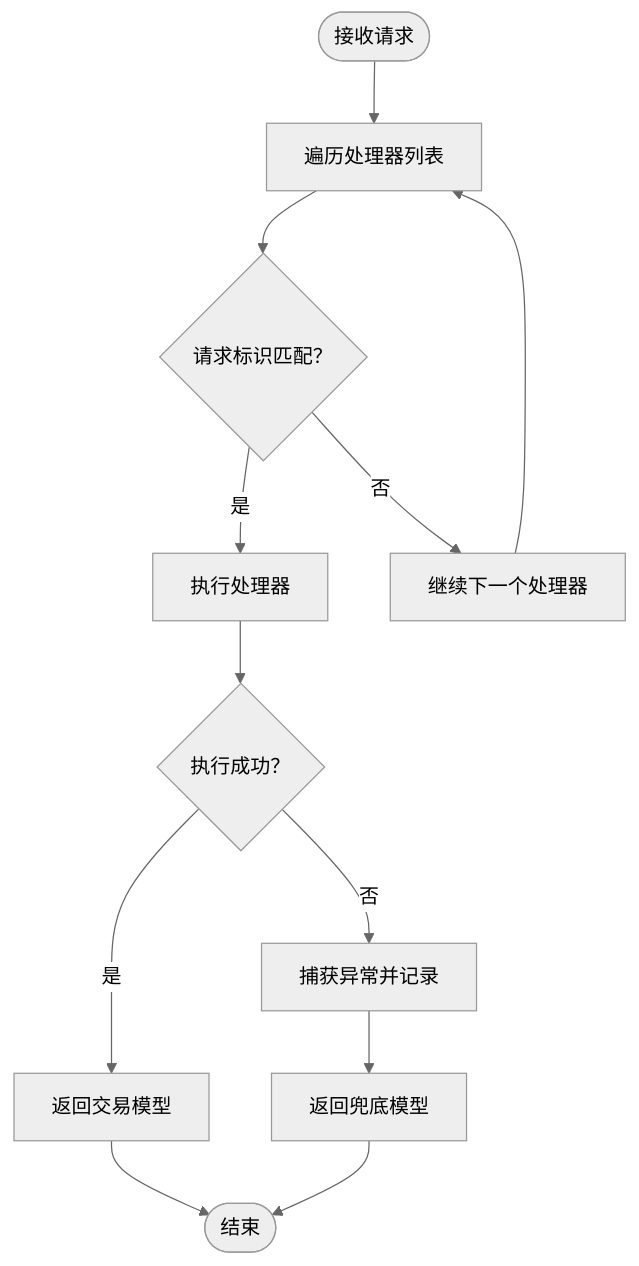
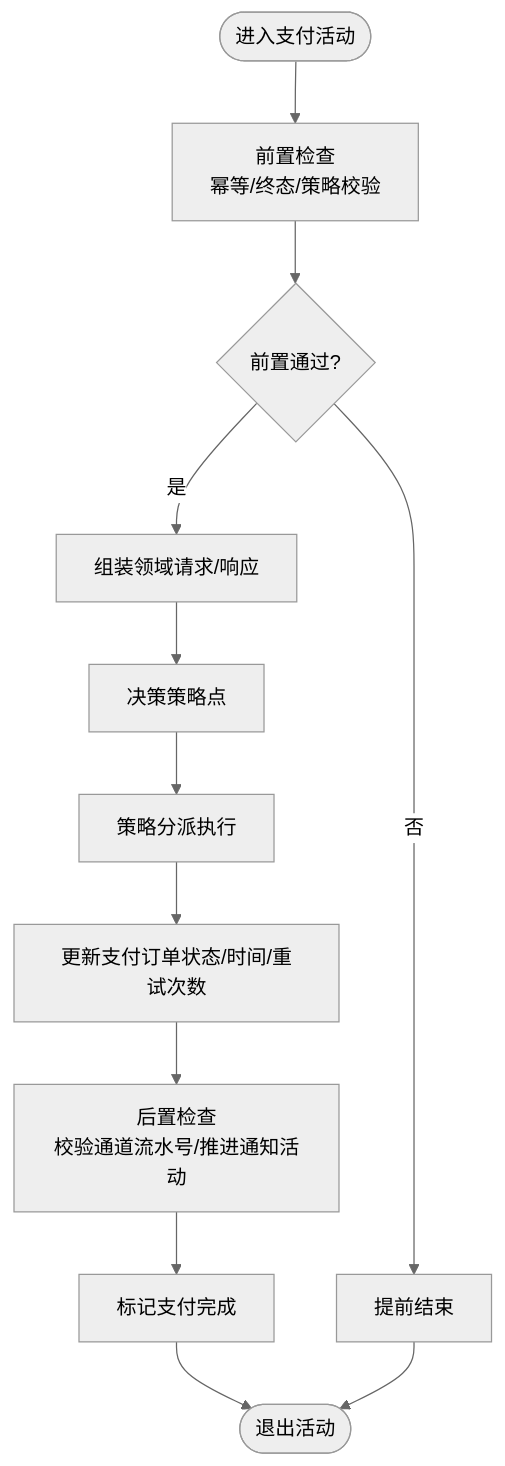
Before and after one commit to magicliang/domain-driven-transaction-sys: the fourth of 6 diagrams in .qoder/repowiki/zh/content/架构设计/架构评估报告-DDD-COLA-SOFA.md, drawn with Mermaid (neutral theme). The commit also changed other lines of this file and 1 other file, not shown here.

````diff
--- a/.qoder/repowiki/zh/content/架构设计/架构评估报告-DDD-COLA-SOFA.md
+++ b/.qoder/repowiki/zh/content/架构设计/架构评估报告-DDD-COLA-SOFA.md
@@ -164,14 +164,14 @@
 ```mermaid
 flowchart TD
-Start(["接收请求"]) --> Iterate["遍历处理器列表"]
-Iterate --> Match{"请求标识匹配？"}
-Match --> |是| Execute["执行处理器"]
-Match --> |否| Next["继续下一个处理器"]
-Next --> Iterate
-Execute --> Success{"执行成功？"}
-Success --> |是| ReturnModel["返回交易模型"]
-Success --> |否| CatchEx["捕获异常并记录"]
-CatchEx --> ReturnFallback["返回兜底模型"]
-ReturnModel --> End(["结束"])
-ReturnFallback --> End
+Start(["进入支付活动"]) --> PreCheck["前置检查<br/>幂等/终态/策略校验"]
+PreCheck --> PreCheckOK{"前置通过?"}
+PreCheckOK --> |否| EndEarly["提前结束"]
+PreCheckOK --> |是| Assemble["组装领域请求/响应"]
+Assemble --> Decide["决策策略点"]
+Decide --> Dispatch["策略分派执行"]
+Dispatch --> UpdateModel["更新支付订单状态/时间/重试次数"]
+UpdateModel --> PostCheck["后置检查<br/>校验通道流水号/推进通知活动"]
+PostCheck --> Complete["标记支付完成"]
+Complete --> End(["退出活动"])
+EndEarly --> End
 ```
````
